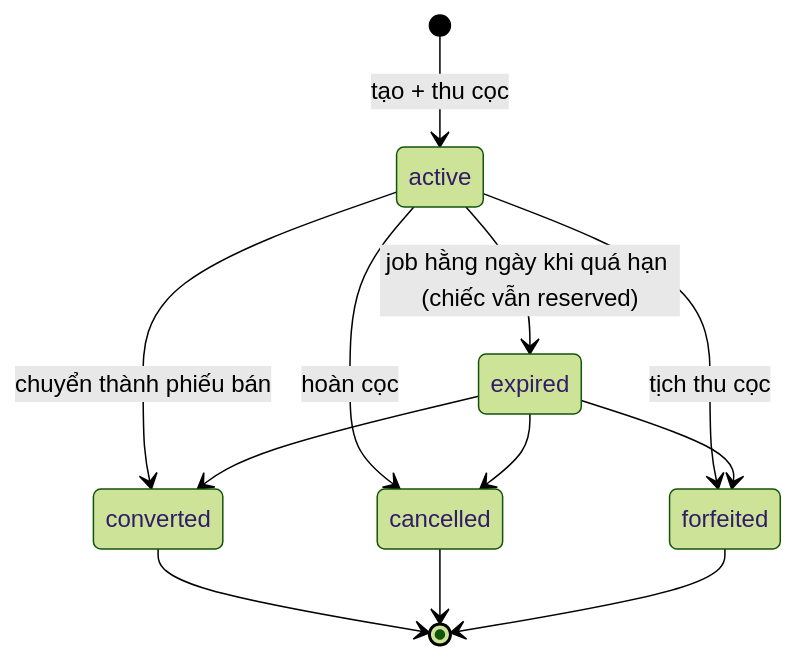
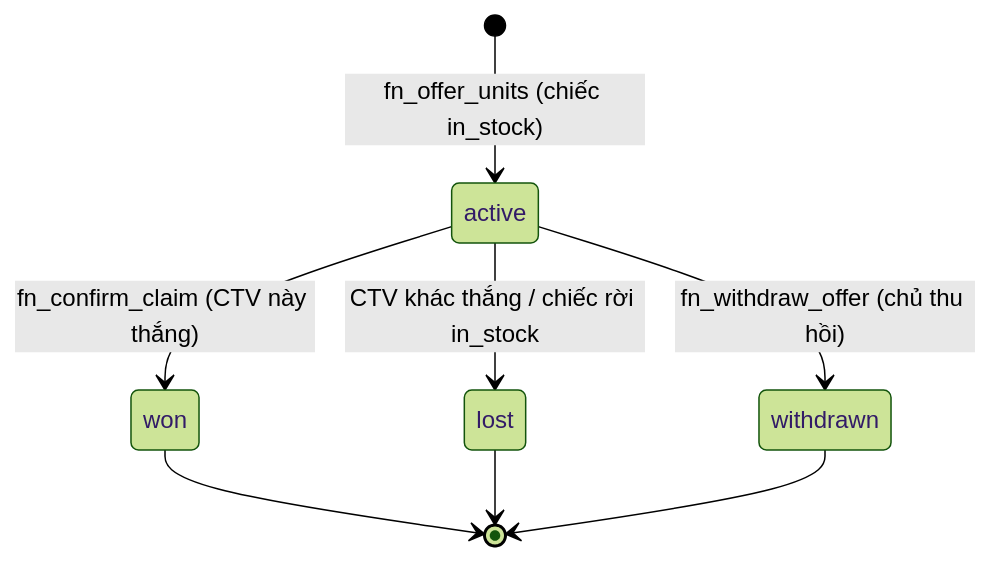
Before and after one commit to Doanhaiduy/WatchFlow: the third of 5 diagrams in docs/02-domain/state-machines.md, drawn with Mermaid (forest theme). The commit also changed other lines of this file and 31 other files, not shown here.

First line of the commit message:
docs: phản hồi khách vòng 2 (customer-feedback-02), ADR-028/029, viết lại quy trình, trạng thái, báo cáo, nghiệm thu theo sáu việc

````diff
--- a/docs/02-domain/state-machines.md
+++ b/docs/02-domain/state-machines.md
@@ -82,14 +62,10 @@
 ```mermaid
 stateDiagram-v2
-    [*] --> active: tạo + thu cọc
-    active --> expired: job hằng ngày khi quá hạn (chiếc vẫn reserved)
-    active --> converted: chuyển thành phiếu bán
-    expired --> converted
-    active --> cancelled: hoàn cọc
-    expired --> cancelled
-    active --> forfeited: tịch thu cọc
-    expired --> forfeited
-    converted --> [*]
-    cancelled --> [*]
-    forfeited --> [*]
+    [*] --> active: fn_offer_units (chiếc in_stock)
+    active --> withdrawn: fn_withdraw_offer (chủ thu hồi)
+    active --> won: fn_confirm_claim (CTV này thắng)
+    active --> lost: CTV khác thắng / chiếc rời in_stock
+    won --> [*]
+    lost --> [*]
+    withdrawn --> [*]
 ```
````
